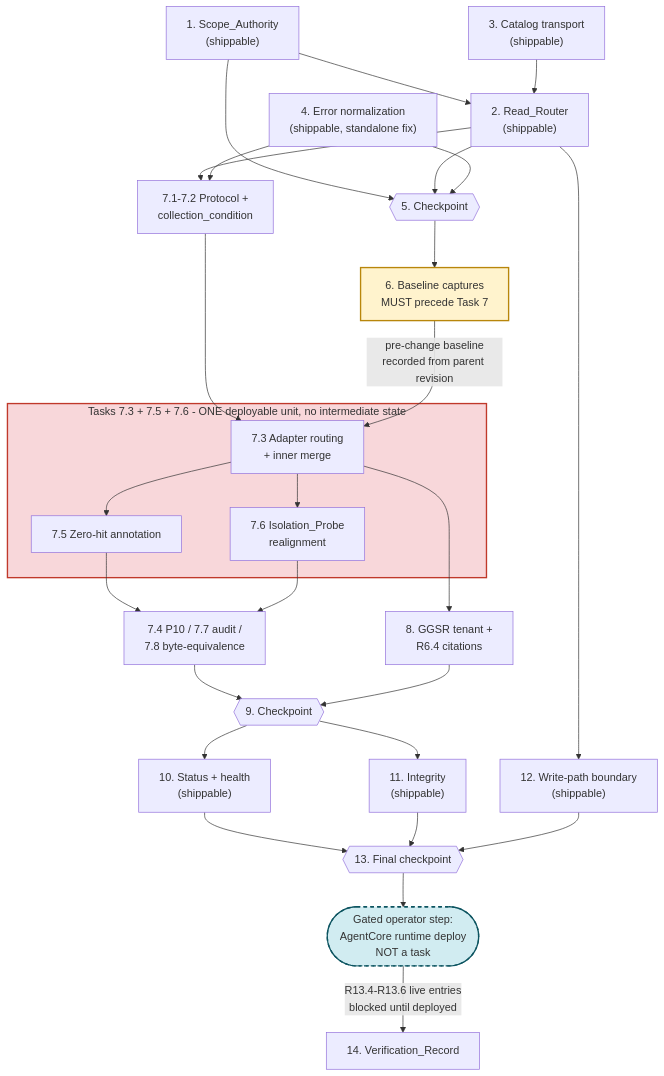
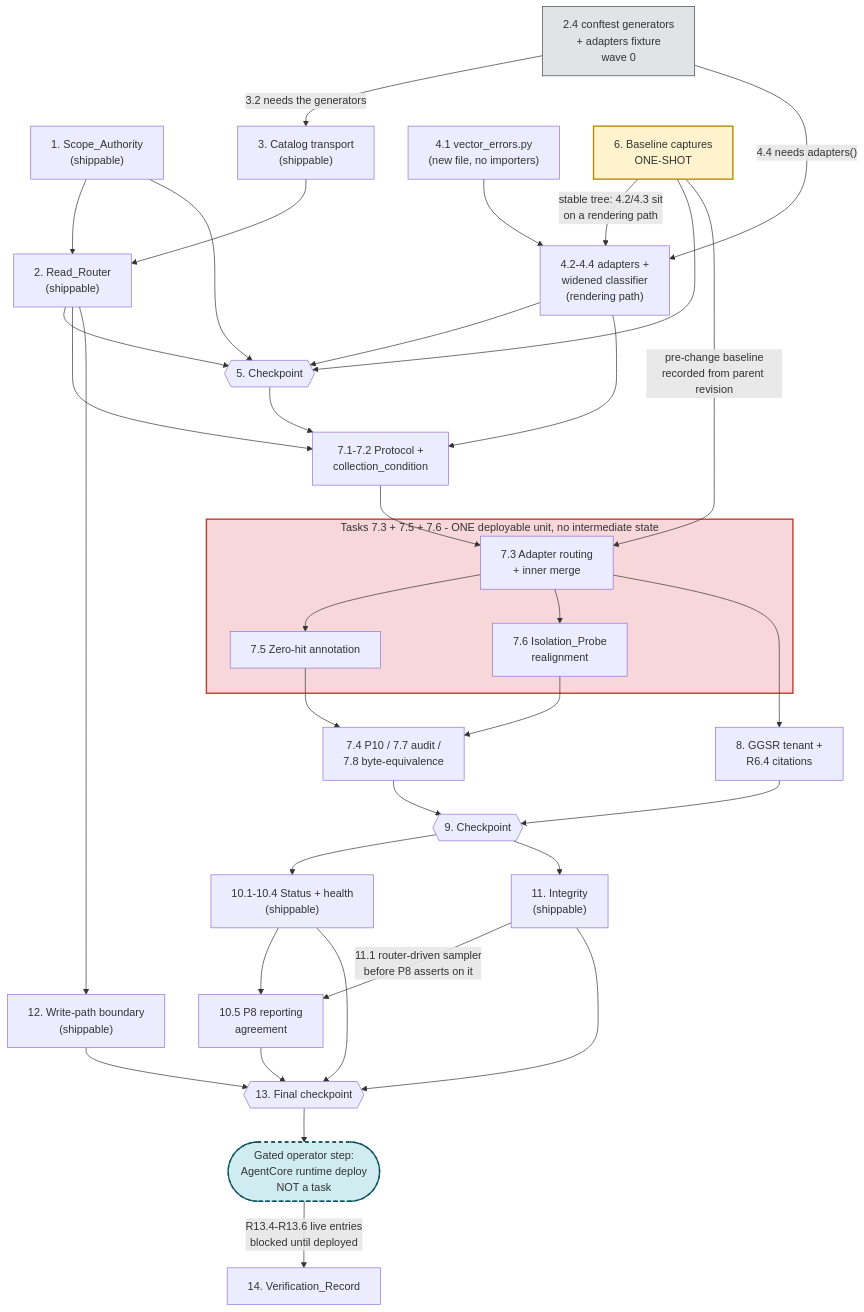
Before and after one commit to TerrenceMcGuinness-NOAA/MDC-MCP-GraphRAG: the diagram in .kiro/specs/shared-scope-query-routing/tasks.md, drawn with Mermaid. The commit also changed other lines of this file and 51 other files, not shown here.

````diff
--- a/.kiro/specs/shared-scope-query-routing/tasks.md
+++ b/.kiro/specs/shared-scope-query-routing/tasks.md
@@ -1009,57 +1048,70 @@
 ```mermaid
 graph TD
+  T24["2.4 conftest generators<br/>+ adapters fixture<br/>wave 0"]
   T1["1. Scope_Authority<br/>(shippable)"]
   T2["2. Read_Router<br/>(shippable)"]
   T3["3. Catalog transport<br/>(shippable)"]
-  T4["4. Error normalization<br/>(shippable, standalone fix)"]
+  T4A["4.1 vector_errors.py<br/>(new file, no importers)"]
+  T4B["4.2-4.4 adapters +<br/>widened classifier<br/>(rendering path)"]
+  T6["6. Baseline captures<br/>ONE-SHOT"]
   T5{{"5. Checkpoint"}}
-  T6["6. Baseline captures<br/>MUST precede Task 7"]
   T7A["7.1-7.2 Protocol +<br/>collection_condition"]
   T7B["7.3 Adapter routing<br/>+ inner merge"]
   T7C["7.5 Zero-hit annotation"]
   T7D["7.6 Isolation_Probe<br/>realignment"]
   T7E["7.4 P10 / 7.7 audit /<br/>7.8 byte-equivalence"]
   T8["8. GGSR tenant +<br/>R6.4 citations"]
   T9{{"9. Checkpoint"}}
-  T10["10. Status + health<br/>(shippable)"]
+  T10["10.1-10.4 Status + health<br/>(shippable)"]
+  T105["10.5 P8 reporting<br/>agreement"]
   T11["11. Integrity<br/>(shippable)"]
   T12["12. Write-path boundary<br/>(shippable)"]
   T13{{"13. Final checkpoint"}}
   DEPLOY(["Gated operator step:<br/>AgentCore runtime deploy<br/>NOT a task"])
   T14["14. Verification_Record"]
 
+  T24 -->|"3.2 needs the generators"| T3
+  T24 -->|"4.4 needs adapters()"| T4B
   T1 --> T2
   T3 --> T2
+  T4A --> T4B
+  T6 -->|"stable tree: 4.2/4.3 sit<br/>on a rendering path"| T4B
+
   T1 --> T5
   T2 --> T5
-  T4 --> T5
-  T5 --> T6
+  T4B --> T5
+  T6 --> T5
 
   subgraph ATOMIC["Tasks 7.3 + 7.5 + 7.6 - ONE deployable unit, no intermediate state"]
     T7B --> T7C
     T7B --> T7D
   end
 
+  T5 --> T7A
   T2 --> T7A
-  T4 --> T7A
+  T4B --> T7A
   T7A --> T7B
   T6 -->|"pre-change baseline<br/>recorded from parent revision"| T7B
   T7C --> T7E
   T7D --> T7E
   T7E --> T9
   T7B --> T8
   T8 --> T9
 
   T9 --> T10
   T9 --> T11
   T2 --> T12
+  T10 --> T105
+  T11 -->|"11.1 router-driven sampler<br/>before P8 asserts on it"| T105
   T10 --> T13
+  T105 --> T13
   T11 --> T13
   T12 --> T13
   T13 --> DEPLOY
   DEPLOY -->|"R13.4-R13.6 live entries<br/>blocked until deployed"| T14
 
   style T6 fill:#fff3cd,stroke:#b8860b,stroke-width:2px
+  style T24 fill:#e2e3e5,stroke:#41464b,stroke-width:1px
   style ATOMIC fill:#f8d7da,stroke:#c0392b,stroke-width:2px
   style DEPLOY fill:#d1ecf1,stroke:#0c5460,stroke-width:2px,stroke-dasharray: 5 5
 ```
````
